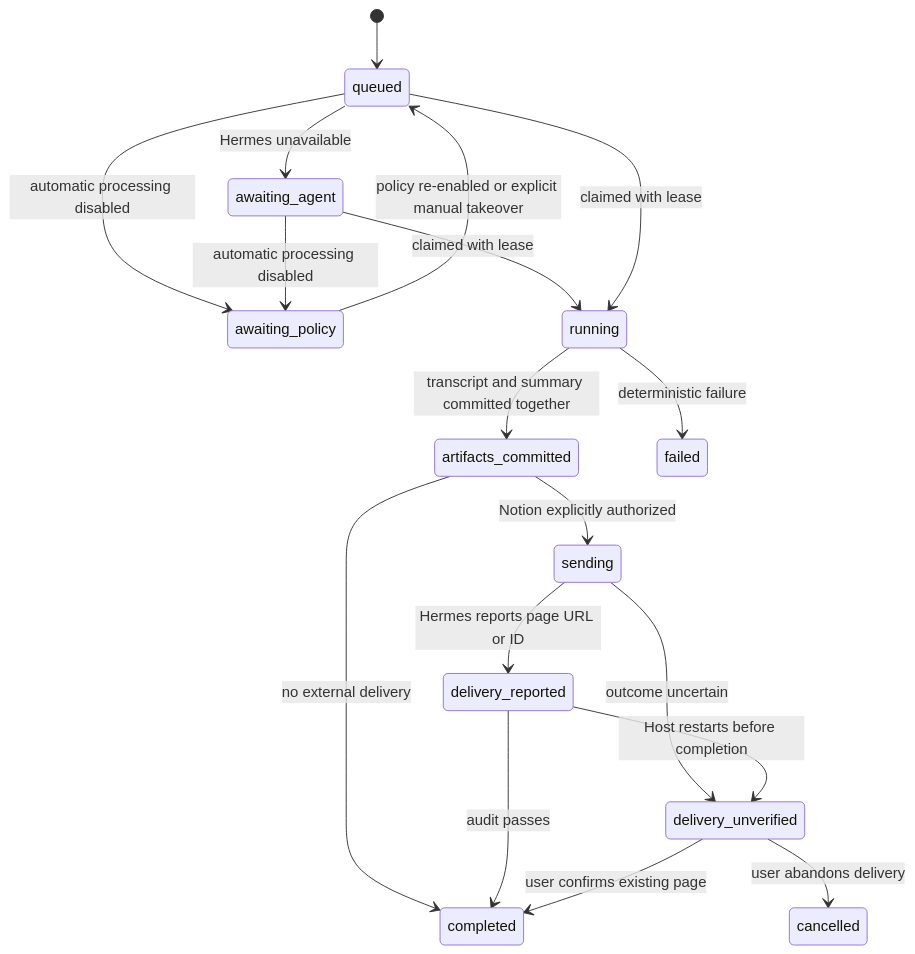
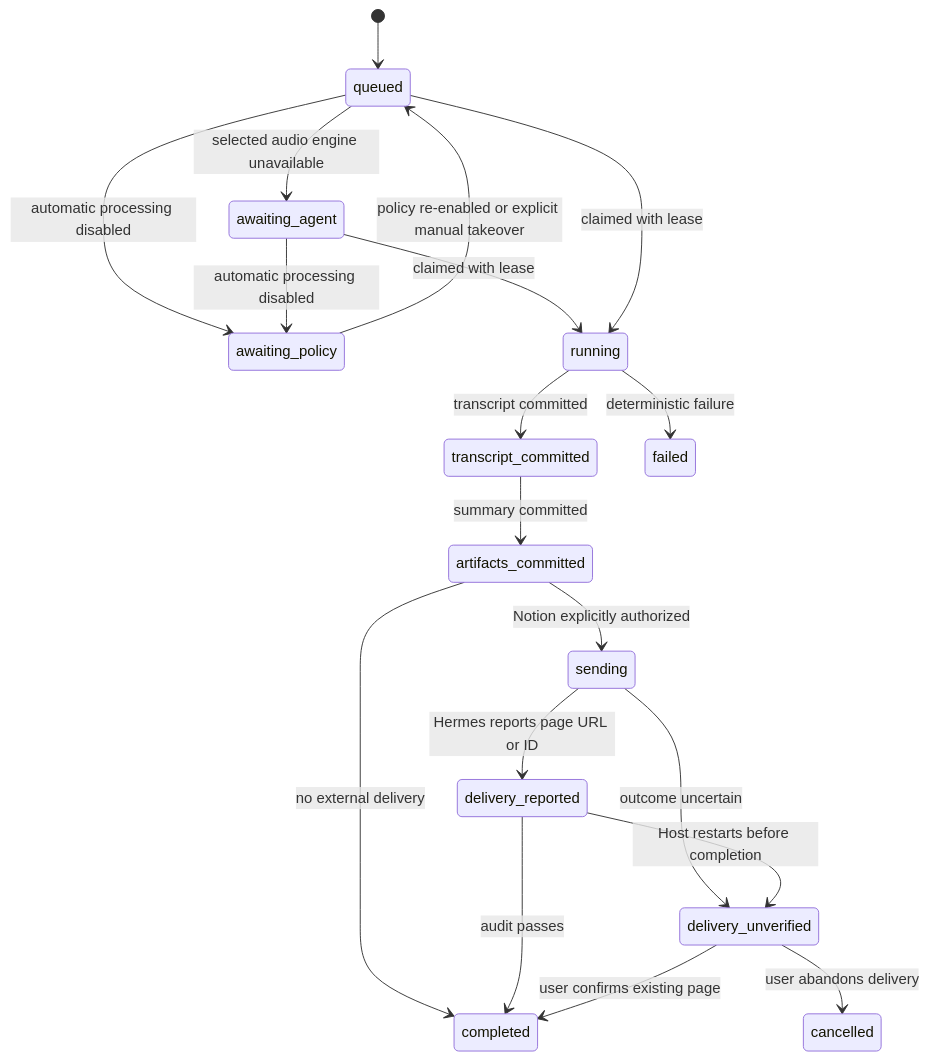
Before and after one commit to Nowhitestar/Yulu: the second of 2 diagrams in docs/ARCHITECTURE.md, drawn with Mermaid. The commit also changed other lines of this file and 86 other files, not shown here.

````diff
--- a/docs/ARCHITECTURE.md
+++ b/docs/ARCHITECTURE.md
@@ -105,20 +118,21 @@
 ```mermaid
 stateDiagram-v2
     [*] --> queued
     queued --> awaiting_policy: automatic processing disabled
     awaiting_agent --> awaiting_policy: automatic processing disabled
     awaiting_policy --> queued: policy re-enabled or explicit manual takeover
-    queued --> awaiting_agent: Hermes unavailable
+    queued --> awaiting_agent: selected audio engine unavailable
     awaiting_agent --> running: claimed with lease
     queued --> running: claimed with lease
-    running --> artifacts_committed: transcript and summary committed together
+    running --> transcript_committed: transcript committed
+    transcript_committed --> artifacts_committed: summary committed
     artifacts_committed --> completed: no external delivery
     artifacts_committed --> sending: Notion explicitly authorized
     sending --> delivery_reported: Hermes reports page URL or ID
     delivery_reported --> completed: audit passes
     running --> failed: deterministic failure
     sending --> delivery_unverified: outcome uncertain
     delivery_reported --> delivery_unverified: Host restarts before completion
     delivery_unverified --> completed: user confirms existing page
     delivery_unverified --> cancelled: user abandons delivery
 ```
````
